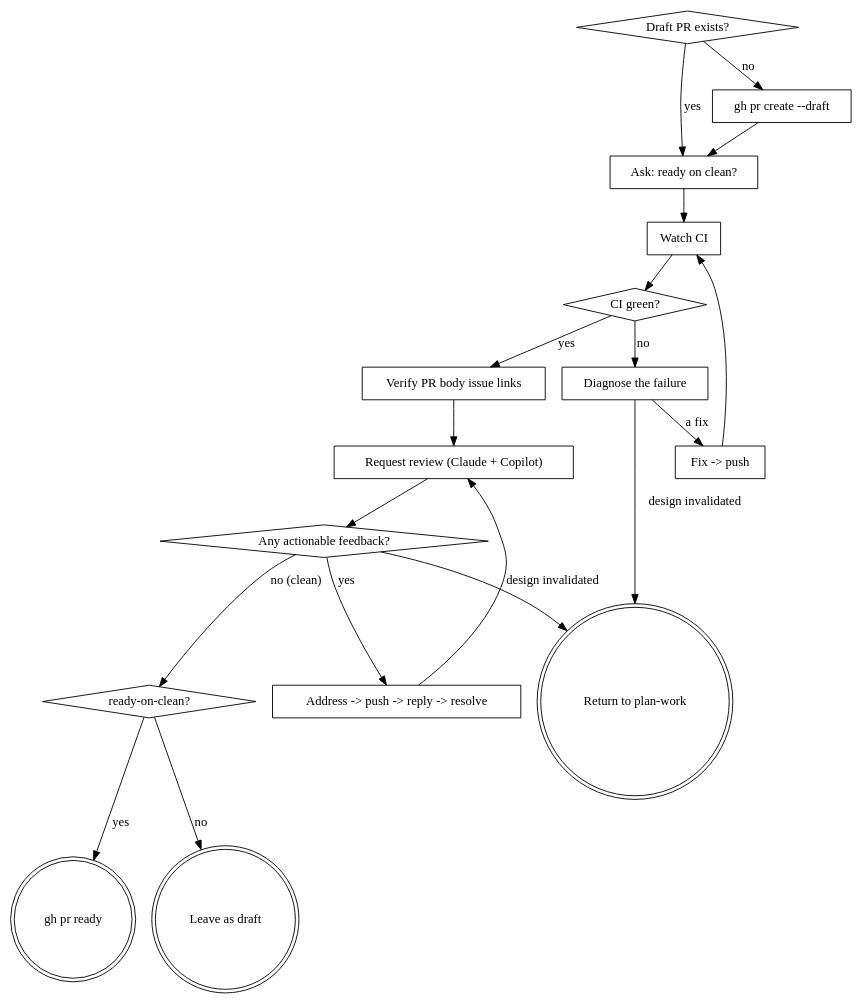
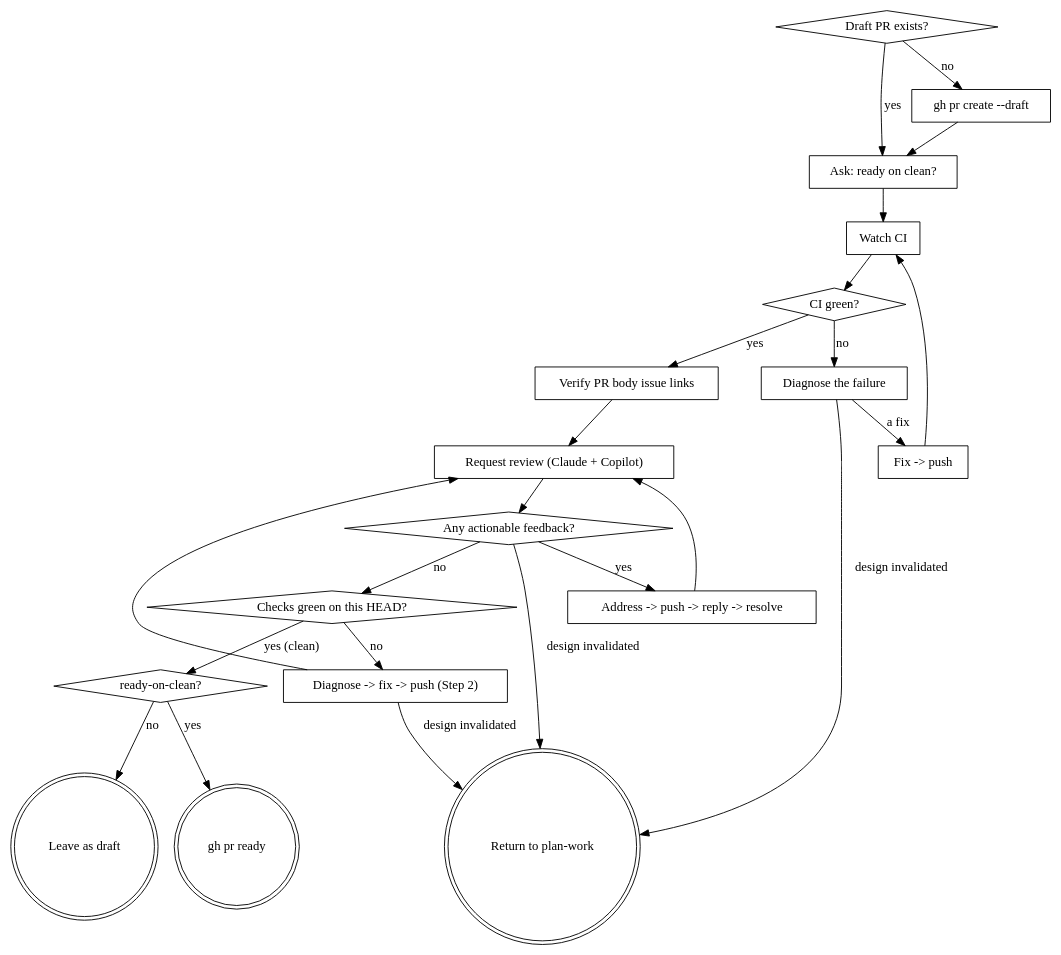
One commit to yowcow/dotfiles changed the diagram in ai/skills/pr-to-ready/SKILL.md. Above: the diagram before and after it, drawn with Graphviz. The commit also changed other lines of this file, not shown here.

First line of the commit message:
pr-to-ready: clean を同一 HEAD の性質として定義し Step 2 に CI の再確認を配線する (#124)

````diff
--- a/ai/skills/pr-to-ready/SKILL.md
+++ b/ai/skills/pr-to-ready/SKILL.md
@@ -111,38 +111,44 @@
 ```dot
 digraph pr_to_ready {
   "Draft PR exists?" [shape=diamond];
   "gh pr create --draft" [shape=box];
   "Ask: ready on clean?" [shape=box];
   "Watch CI" [shape=box];
   "CI green?" [shape=diamond];
   "Diagnose the failure" [shape=box];
   "Fix -> push" [shape=box];
   "Verify PR body issue links" [shape=box];
   "Request review (Claude + Copilot)" [shape=box];
   "Any actionable feedback?" [shape=diamond];
   "Address -> push -> reply -> resolve" [shape=box];
+  "Checks green on this HEAD?" [shape=diamond];
+  "Diagnose -> fix -> push (Step 2)" [shape=box];
   "ready-on-clean?" [shape=diamond];
   "gh pr ready" [shape=doublecircle];
   "Leave as draft" [shape=doublecircle];
   "Return to plan-work" [shape=doublecircle];
 
   "Draft PR exists?" -> "gh pr create --draft" [label="no"];
   "gh pr create --draft" -> "Ask: ready on clean?";
   "Draft PR exists?" -> "Ask: ready on clean?" [label="yes"];
   "Ask: ready on clean?" -> "Watch CI";
   "Watch CI" -> "CI green?";
   "CI green?" -> "Diagnose the failure" [label="no"];
   "Diagnose the failure" -> "Fix -> push" [label="a fix"];
   "Fix -> push" -> "Watch CI";
   "CI green?" -> "Verify PR body issue links" [label="yes"];
   "Verify PR body issue links" -> "Request review (Claude + Copilot)";
   "Request review (Claude + Copilot)" -> "Any actionable feedback?";
   "Any actionable feedback?" -> "Address -> push -> reply -> resolve" [label="yes"];
   "Address -> push -> reply -> resolve" -> "Request review (Claude + Copilot)";
-  "Any actionable feedback?" -> "ready-on-clean?" [label="no (clean)"];
+  "Any actionable feedback?" -> "Checks green on this HEAD?" [label="no"];
+  "Checks green on this HEAD?" -> "ready-on-clean?" [label="yes (clean)"];
+  "Checks green on this HEAD?" -> "Diagnose -> fix -> push (Step 2)" [label="no"];
+  "Diagnose -> fix -> push (Step 2)" -> "Request review (Claude + Copilot)";
+  "Diagnose -> fix -> push (Step 2)" -> "Return to plan-work" [label="design invalidated"];
   "Any actionable feedback?" -> "Return to plan-work" [label="design invalidated"];
   "Diagnose the failure" -> "Return to plan-work" [label="design invalidated"];
   "ready-on-clean?" -> "gh pr ready" [label="yes"];
   "ready-on-clean?" -> "Leave as draft" [label="no"];
 }
 ```
````
